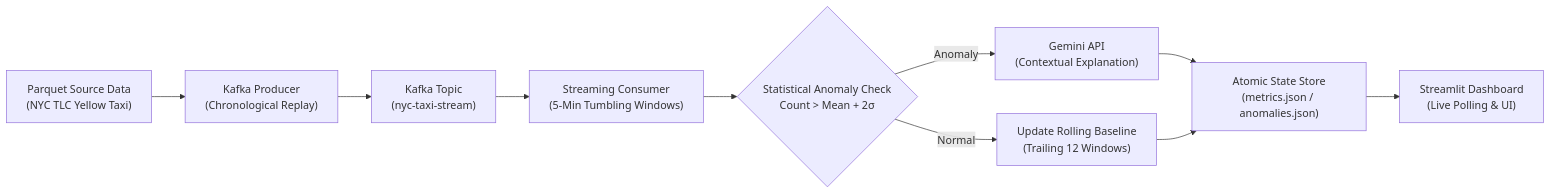
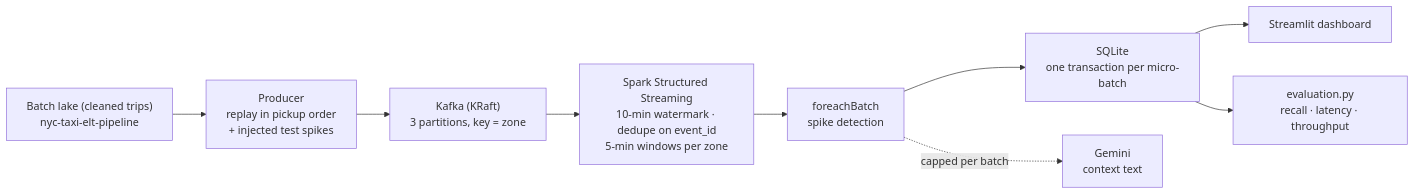
The diagram in README.md (notparthh0/nyc-taxi-streaming), drawn with Mermaid before and after one commit. The commit also changed other lines of this file and 9 other files, not shown here.

````diff
--- a/README.md
+++ b/README.md
@@ -11,12 +18,11 @@
 ```mermaid
 flowchart LR
-    A["Parquet Source Data<br/>(NYC TLC Yellow Taxi)"] --> B["Kafka Producer<br/>(Chronological Replay)"]
-    B --> C["Kafka Topic<br/>(nyc-taxi-stream)"]
-    C --> D["Streaming Consumer<br/>(5-Min Tumbling Windows)"]
-    D --> E{"Statistical Anomaly Check<br/>Count > Mean + 2σ"}
-    E -- Normal --> F["Update Rolling Baseline<br/>(Trailing 12 Windows)"]
-    E -- Anomaly --> G["Gemini API<br/>(Contextual Explanation)"]
-    G --> H["Atomic State Store<br/>(metrics.json / anomalies.json)"]
-    F --> H
-    H --> I["Streamlit Dashboard<br/>(Live Polling & UI)"]
+    LAKE["Batch lake (cleaned trips)<br/>nyc-taxi-elt-pipeline"] --> P["Producer<br/>replay in pickup order<br/>+ injected test spikes"]
+    P --> K["Kafka (KRaft)<br/>3 partitions, key = zone"]
+    K --> S["Spark Structured Streaming<br/>10-min watermark · dedupe on event_id<br/>5-min windows per zone"]
+    S --> FB["foreachBatch<br/>spike detection"]
+    FB --> DB["SQLite<br/>one transaction per micro-batch"]
+    FB -.->|capped per batch| G["Gemini<br/>context text"]
+    DB --> D["Streamlit dashboard"]
+    DB --> E["evaluation.py<br/>recall · latency · throughput"]
 ```
````
